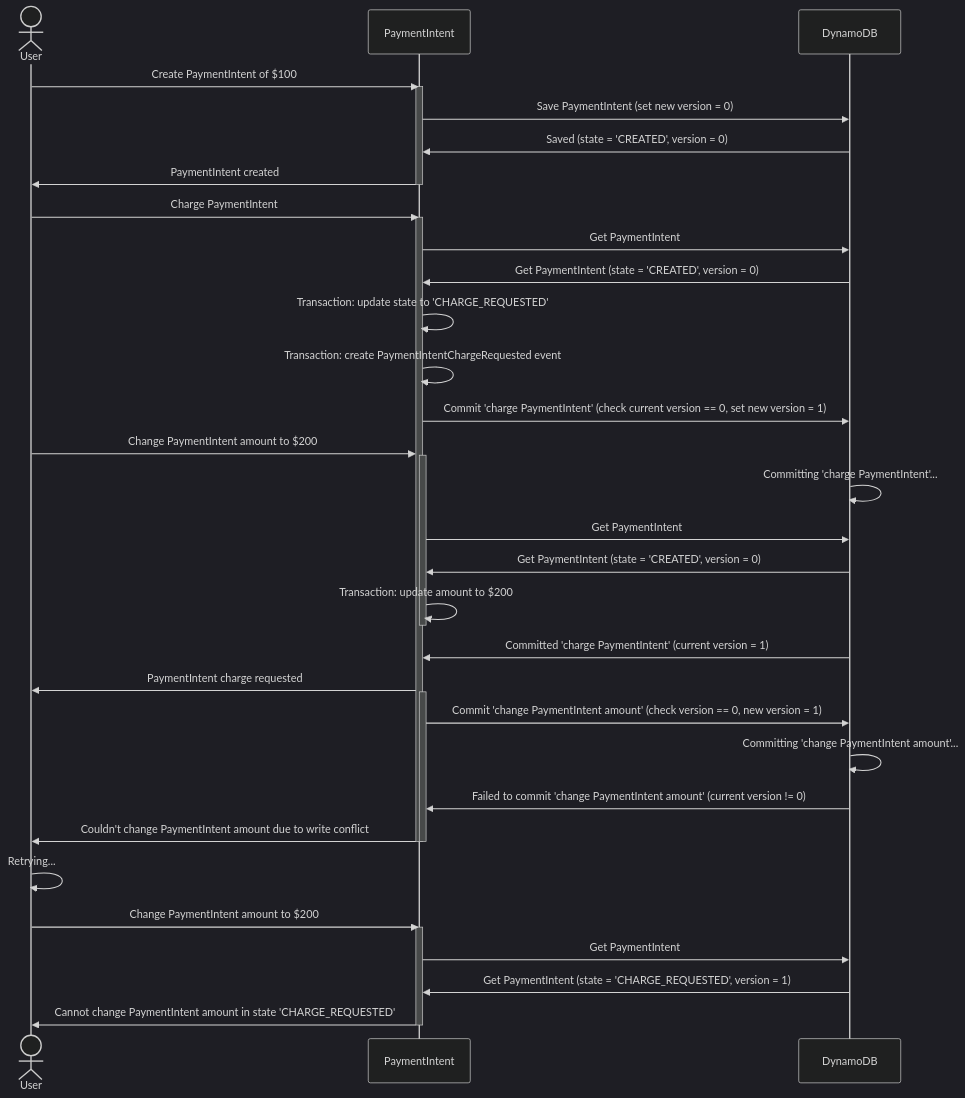
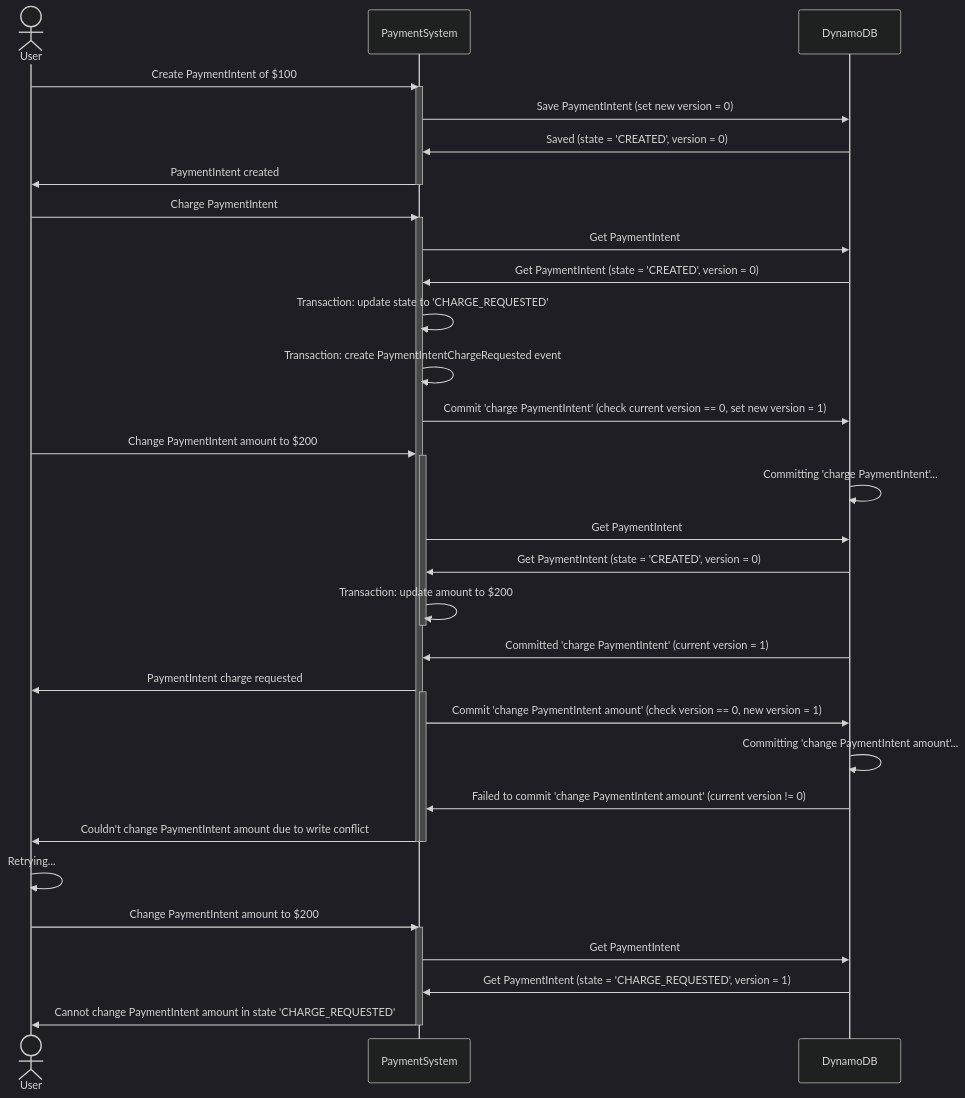
The sixth of 8 diagrams in README.md (filipsnastins/concurrency-control-with-dynamodb), drawn with Mermaid (dark theme) before and after one commit. The commit also changed other lines of this file, not shown here.

````diff
--- a/README.md
+++ b/README.md
@@ -493,54 +493,54 @@
 ```mermaid
 sequenceDiagram
     actor User
-    participant PaymentIntent
+    participant PaymentSystem
     participant DynamoDB
 
-    User->>PaymentIntent: Create PaymentIntent of $100
-    activate PaymentIntent
-    PaymentIntent->>DynamoDB: Save PaymentIntent (set new version = 0)
-    DynamoDB->>PaymentIntent: Saved (state = 'CREATED', version = 0)
-    PaymentIntent->>User: PaymentIntent created
-    deactivate PaymentIntent
+    User->>PaymentSystem: Create PaymentIntent of $100
+    activate PaymentSystem
+    PaymentSystem->>DynamoDB: Save PaymentIntent (set new version = 0)
+    DynamoDB->>PaymentSystem: Saved (state = 'CREATED', version = 0)
+    PaymentSystem->>User: PaymentIntent created
+    deactivate PaymentSystem
 
-    User->>PaymentIntent: Charge PaymentIntent
-    activate PaymentIntent
-    PaymentIntent->>DynamoDB: Get PaymentIntent
-    DynamoDB->>PaymentIntent: Get PaymentIntent (state = 'CREATED', version = 0)
+    User->>PaymentSystem: Charge PaymentIntent
+    activate PaymentSystem
+    PaymentSystem->>DynamoDB: Get PaymentIntent
+    DynamoDB->>PaymentSystem: Get PaymentIntent (state = 'CREATED', version = 0)
 
-    PaymentIntent->>PaymentIntent: Transaction: update state to 'CHARGE_REQUESTED'
-    PaymentIntent->>PaymentIntent: Transaction: create PaymentIntentChargeRequested event
-    PaymentIntent->>DynamoDB: Commit 'charge PaymentIntent' (check current version == 0, set new version = 1)
+    PaymentSystem->>PaymentSystem: Transaction: update state to 'CHARGE_REQUESTED'
+    PaymentSystem->>PaymentSystem: Transaction: create PaymentIntentChargeRequested event
+    PaymentSystem->>DynamoDB: Commit 'charge PaymentIntent' (check current version == 0, set new version = 1)
 
-    User->>PaymentIntent: Change PaymentIntent amount to $200
-    activate PaymentIntent
+    User->>PaymentSystem: Change PaymentIntent amount to $200
+    activate PaymentSystem
 
     DynamoDB->>DynamoDB: Committing 'charge PaymentIntent'...
 
-    PaymentIntent->>DynamoDB: Get PaymentIntent
-    DynamoDB->>PaymentIntent: Get PaymentIntent (state = 'CREATED', version = 0)
-    PaymentIntent->>PaymentIntent: Transaction: update amount to $200
-    deactivate PaymentIntent
+    PaymentSystem->>DynamoDB: Get PaymentIntent
+    DynamoDB->>PaymentSystem: Get PaymentIntent (state = 'CREATED', version = 0)
+    PaymentSystem->>PaymentSystem: Transaction: update amount to $200
+    deactivate PaymentSystem
 
-    DynamoDB->>PaymentIntent: Committed 'charge PaymentIntent' (current version = 1)
-    PaymentIntent->>User: PaymentIntent charge requested
+    DynamoDB->>PaymentSystem: Committed 'charge PaymentIntent' (current version = 1)
+    PaymentSystem->>User: PaymentIntent charge requested
 
-    activate PaymentIntent
-    PaymentIntent->>DynamoDB: Commit 'change PaymentIntent amount' (check version == 0, new version = 1)
+    activate PaymentSystem
+    PaymentSystem->>DynamoDB: Commit 'change PaymentIntent amount' (check version == 0, new version = 1)
 
     DynamoDB->>DynamoDB: Committing 'change PaymentIntent amount'...
-    DynamoDB->>PaymentIntent: Failed to commit 'change PaymentIntent amount' (current version != 0)
+    DynamoDB->>PaymentSystem: Failed to commit 'change PaymentIntent amount' (current version != 0)
 
-    PaymentIntent->>User: Couldn't change PaymentIntent amount due to write conflict
-    deactivate PaymentIntent
-    deactivate PaymentIntent
+    PaymentSystem->>User: Couldn't change PaymentIntent amount due to write conflict
+    deactivate PaymentSystem
+    deactivate PaymentSystem
 
     User->>User: Retrying...
-    User->>PaymentIntent: Change PaymentIntent amount to $200
+    User->>PaymentSystem: Change PaymentIntent amount to $200
 
-    activate PaymentIntent
-    PaymentIntent->>DynamoDB: Get PaymentIntent
-    DynamoDB->>PaymentIntent: Get PaymentIntent (state = 'CHARGE_REQUESTED', version = 1)
-    PaymentIntent->>User: Cannot change PaymentIntent amount in state 'CHARGE_REQUESTED'
-    deactivate PaymentIntent
+    activate PaymentSystem
+    PaymentSystem->>DynamoDB: Get PaymentIntent
+    DynamoDB->>PaymentSystem: Get PaymentIntent (state = 'CHARGE_REQUESTED', version = 1)
+    PaymentSystem->>User: Cannot change PaymentIntent amount in state 'CHARGE_REQUESTED'
+    deactivate PaymentSystem
 ```
````
